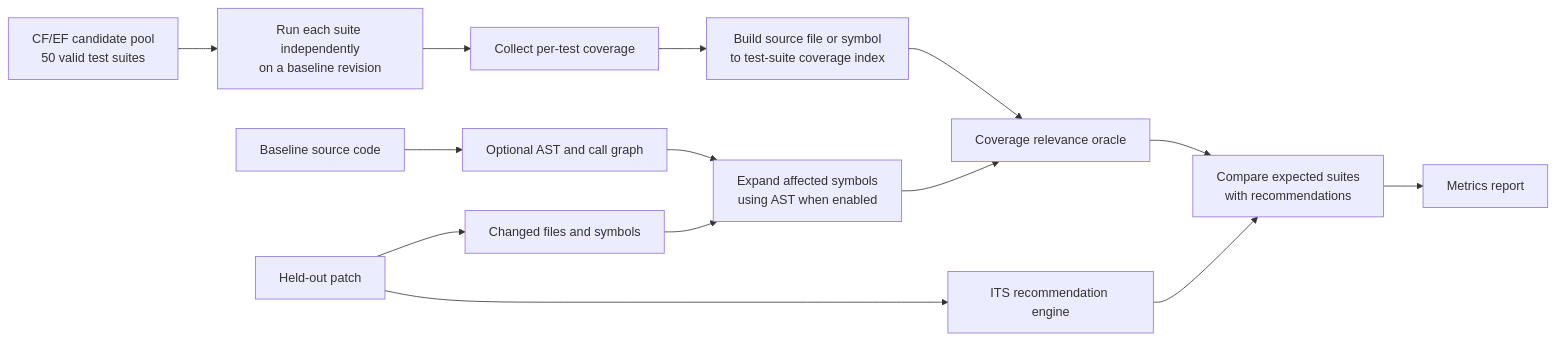
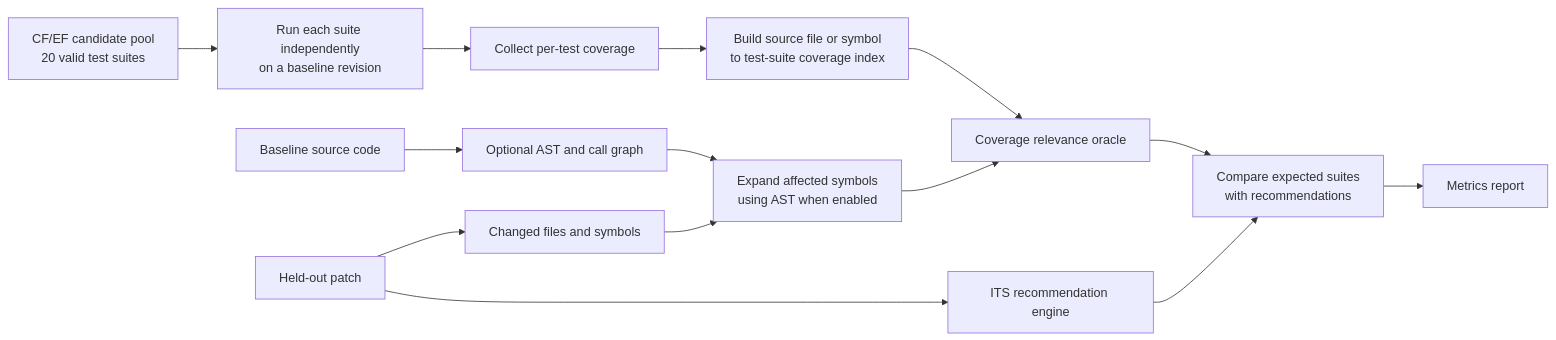
Before and after one commit to Adithya12121992/test_recommendation_system: the second of 2 diagrams in PLAN.md, drawn with Mermaid. The commit also changed other lines of this file and 7 other files, not shown here.

````diff
--- a/PLAN.md
+++ b/PLAN.md
@@ -361,16 +384,16 @@
 ```mermaid
 flowchart LR
-    Pool[CF/EF candidate pool\n50 valid test suites] --> Run[Run each suite independently\non a baseline revision]
+    Pool[CF/EF candidate pool\n20 valid test suites] --> Run[Run each suite independently\non a baseline revision]
     Run --> Coverage[Collect per-test coverage]
     Coverage --> Index[Build source file or symbol\nto test-suite coverage index]
     Source[Baseline source code] --> Ast[Optional AST and call graph]
     Patch[Held-out patch] --> Diff[Changed files and symbols]
     Diff --> Impact[Expand affected symbols\nusing AST when enabled]
     Index --> Oracle[Coverage relevance oracle]
     Ast --> Impact
     Impact --> Oracle
     Patch --> ITS[ITS recommendation engine]
     Oracle --> Compare[Compare expected suites\nwith recommendations]
     ITS --> Compare
     Compare --> Report[Metrics report]
 ```
````
